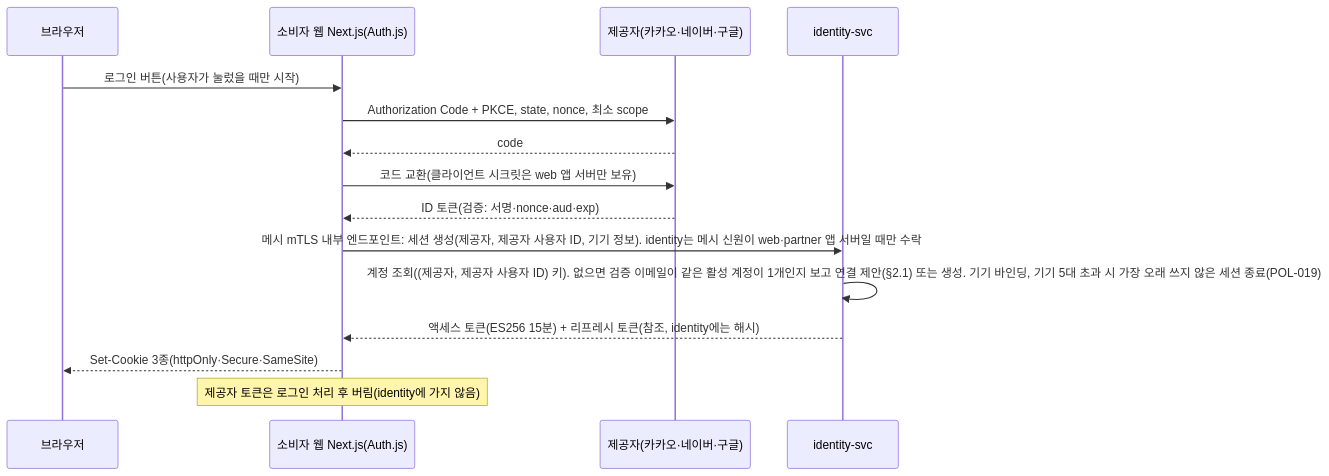
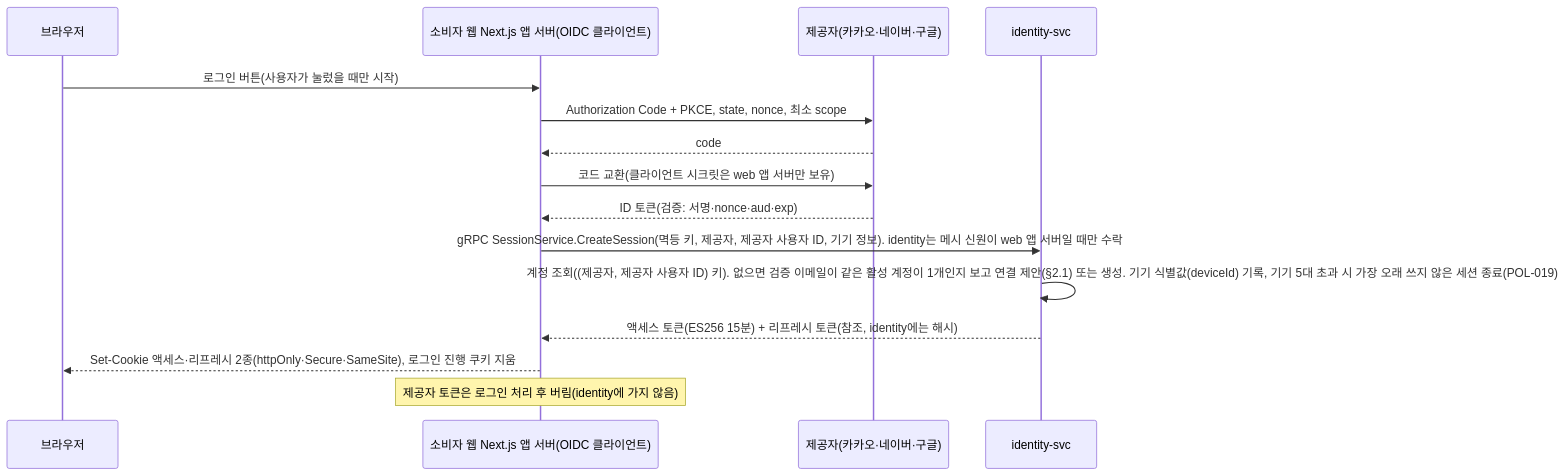
One commit to peaket/peaket changed the first of 4 diagrams in docs/features/identity.md. Above: the diagram before and after it, drawn with Mermaid. The commit also changed other lines of this file and 228 other files, not shown here.

````diff
--- a/docs/features/identity.md
+++ b/docs/features/identity.md
@@ -25,17 +25,17 @@
 ```mermaid
 sequenceDiagram
     participant B as 브라우저
-    participant W as 소비자 웹 Next.js(Auth.js)
+    participant W as 소비자 웹 Next.js 앱 서버(OIDC 클라이언트)
     participant OP as 제공자(카카오·네이버·구글)
     participant I as identity-svc
     B->>W: 로그인 버튼(사용자가 눌렀을 때만 시작)
     W->>OP: Authorization Code + PKCE, state, nonce, 최소 scope
     OP-->>W: code
     W->>OP: 코드 교환(클라이언트 시크릿은 web 앱 서버만 보유)
     OP-->>W: ID 토큰(검증: 서명·nonce·aud·exp)
-    W->>I: 메시 mTLS 내부 엔드포인트: 세션 생성(제공자, 제공자 사용자 ID, 기기 정보). identity는 메시 신원이 web·partner 앱 서버일 때만 수락
-    I->>I: 계정 조회((제공자, 제공자 사용자 ID) 키). 없으면 검증 이메일이 같은 활성 계정이 1개인지 보고 연결 제안(§2.1) 또는 생성. 기기 바인딩, 기기 5대 초과 시 가장 오래 쓰지 않은 세션 종료(POL-019)
+    W->>I: gRPC SessionService.CreateSession(멱등 키, 제공자, 제공자 사용자 ID, 기기 정보). identity는 메시 신원이 web 앱 서버일 때만 수락
+    I->>I: 계정 조회((제공자, 제공자 사용자 ID) 키). 없으면 검증 이메일이 같은 활성 계정이 1개인지 보고 연결 제안(§2.1) 또는 생성. 기기 식별값(deviceId) 기록, 기기 5대 초과 시 가장 오래 쓰지 않은 세션 종료(POL-019)
     I-->>W: 액세스 토큰(ES256 15분) + 리프레시 토큰(참조, identity에는 해시)
-    W-->>B: Set-Cookie 3종(httpOnly·Secure·SameSite)
+    W-->>B: Set-Cookie 액세스·리프레시 2종(httpOnly·Secure·SameSite), 로그인 진행 쿠키 지움
     Note over W: 제공자 토큰은 로그인 처리 후 버림(identity에 가지 않음)
 ```
````
